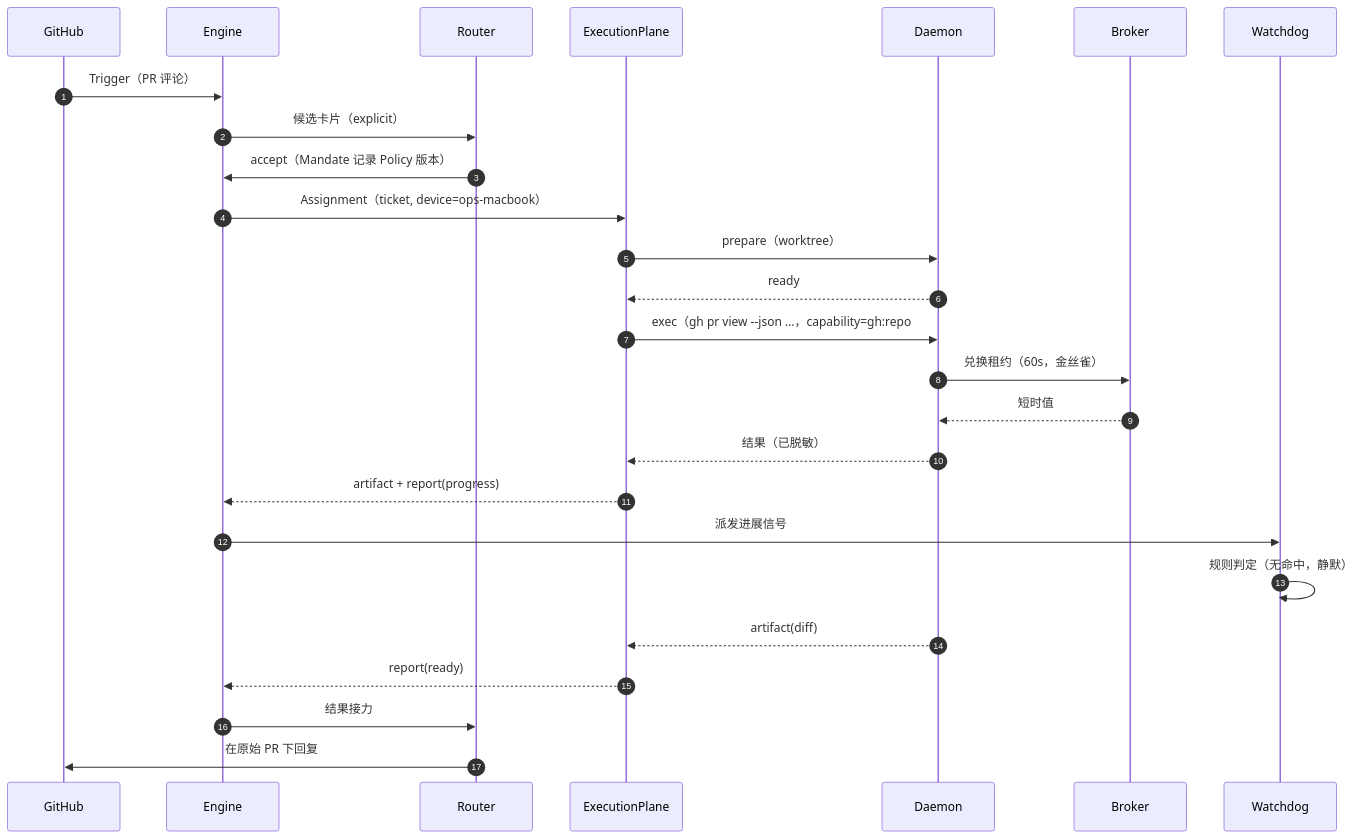
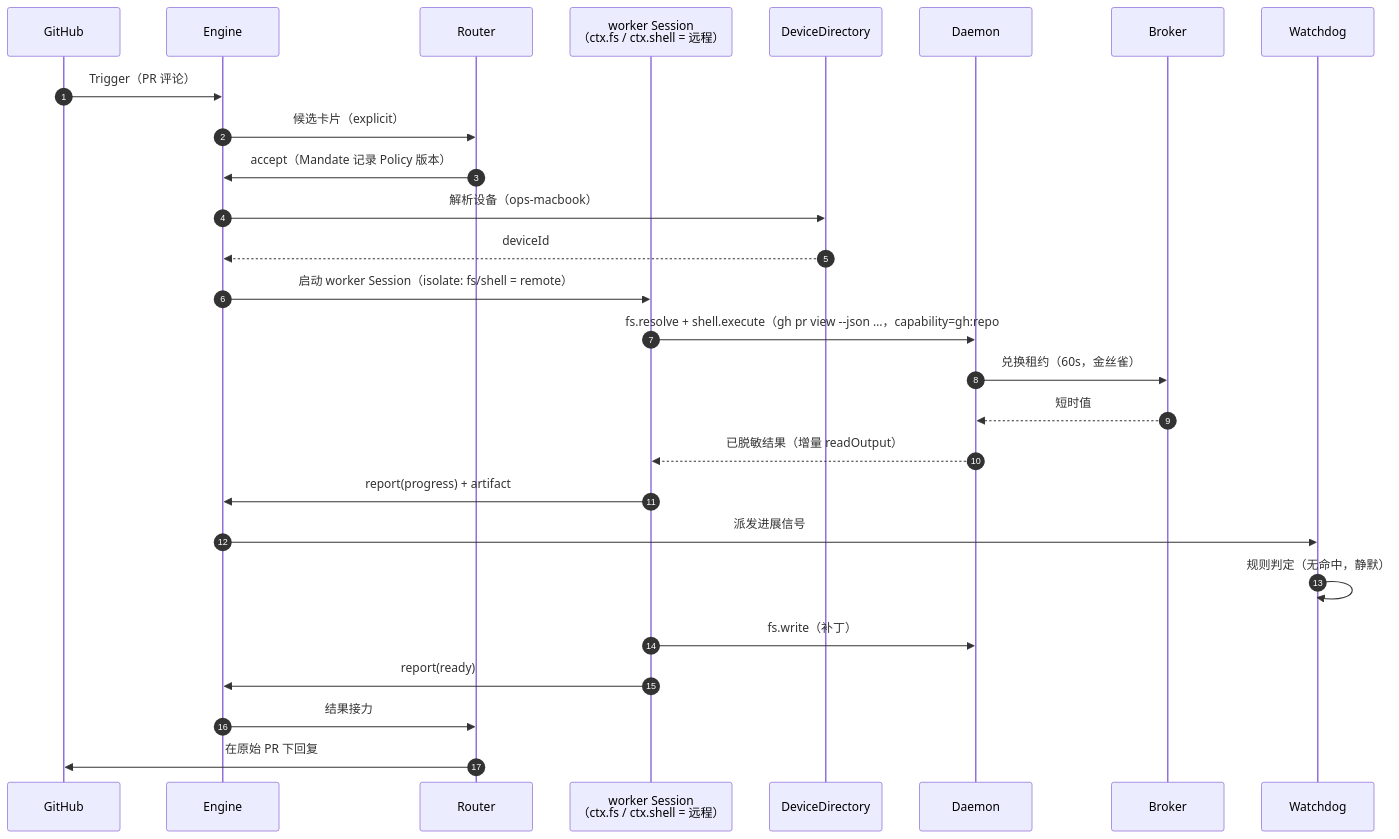
One commit to Mzy123l/dsh-super-agent changed the sixth of 6 diagrams in docs/20-design.md. Above: the diagram before and after it, drawn with Mermaid. The commit also changed other lines of this file and 2 other files, not shown here.

First line of the commit message:
docs: 模块 E 改用 dsh 已有的 ctx.fs/ctx.shell seam

````diff
--- a/docs/20-design.md
+++ b/docs/20-design.md
@@ -530,29 +658,30 @@
 ```mermaid
 sequenceDiagram
   autonumber
   participant G as GitHub
   participant E as Engine
   participant R as Router
-  participant P as ExecutionPlane
+  participant T as worker Session<br/>（ctx.fs / ctx.shell = 远程）
+  participant DD as DeviceDirectory
   participant D as Daemon
   participant B as Broker
   participant W as Watchdog
 
   G->>E: Trigger（PR 评论）
   E->>R: 候选卡片（explicit）
   R->>E: accept（Mandate 记录 Policy 版本）
-  E->>P: Assignment（ticket, device=ops-macbook）
-  P->>D: prepare（worktree）
-  D-->>P: ready
-  P->>D: exec（gh pr view --json …，capability=gh:repo#read）
+  E->>DD: 解析设备（ops-macbook）
+  DD-->>E: deviceId
+  E->>T: 启动 worker Session（isolate: fs/shell = remote）
+  T->>D: fs.resolve + shell.execute（gh pr view --json …，capability=gh:repo#read）
   D->>B: 兑换租约（60s，金丝雀）
   B-->>D: 短时值
-  D-->>P: 结果（已脱敏）
-  P-->>E: artifact + report(progress)
+  D-->>T: 已脱敏结果（增量 readOutput）
+  T->>E: report(progress) + artifact
   E->>W: 派发进展信号
   W->>W: 规则判定（无命中，静默）
-  D-->>P: artifact(diff)
-  P-->>E: report(ready)
+  T->>D: fs.write（补丁）
+  T->>E: report(ready)
   E->>R: 结果接力
   R->>G: 在原始 PR 下回复
 ```
````
